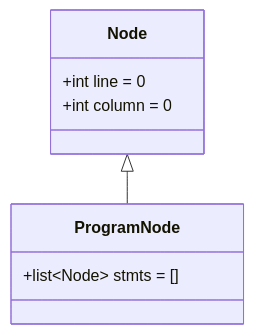
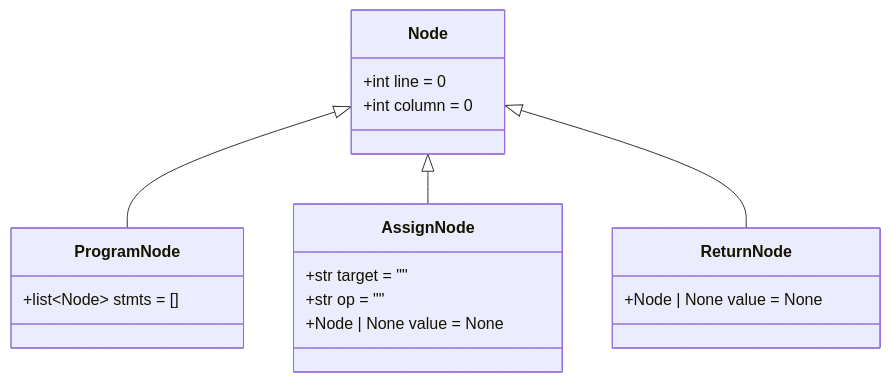
Before and after one commit to code-silva/COMPILADORES-EQUIPE-03: the first of 2 diagrams in docs/parser/ast.md, drawn with Mermaid. The commit also changed other lines of this file, not shown here.

Commit message:
Documenta as instruções imperativas (AssignNode e ReturnNode) em docs/parser/ast.md, incluindo tabelas de atributos, diagramas atualizados, exemplos práticos de mapeamento Python vs AST e exemplos de uso.

````diff
--- a/docs/parser/ast.md
+++ b/docs/parser/ast.md
@@ -13,11 +13,21 @@
 ```mermaid
 classDiagram
     class Node {
         +int line = 0
         +int column = 0
     }
     class ProgramNode {
         +list~Node~ stmts = []
     }
+    class AssignNode {
+        +str target = ""
+        +str op = ""
+        +Node | None value = None
+    }
+    class ReturnNode {
+        +Node | None value = None
+    }
     Node <|-- ProgramNode
+    Node <|-- AssignNode
+    Node <|-- ReturnNode
 ```
````
